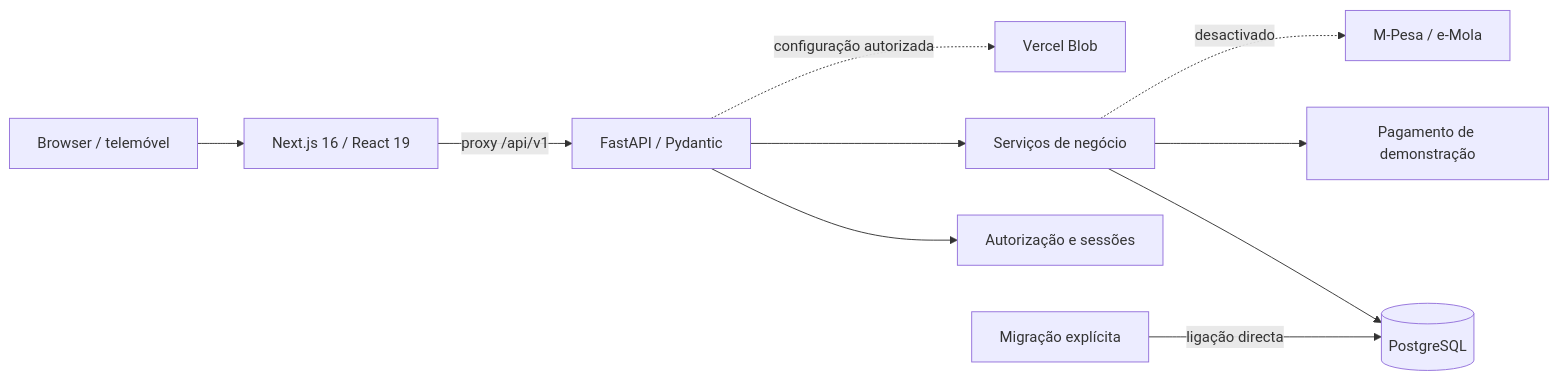
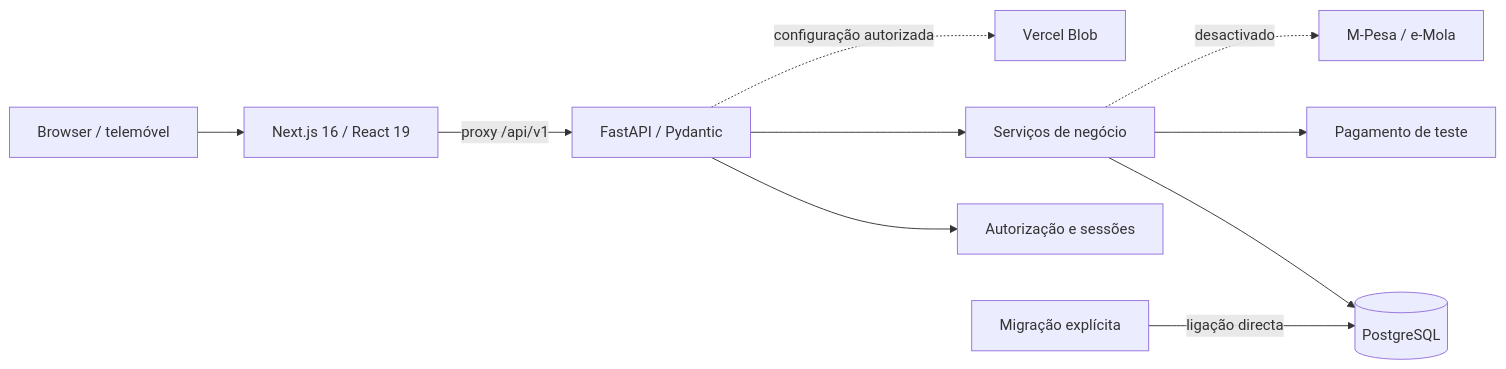
The diagram in docs/ARCHITECTURE.md (CaosAleatorio/deloya), drawn with Mermaid before and after one commit. The commit also changed other lines of this file and 58 other files, not shown here.

````diff
--- a/docs/ARCHITECTURE.md
+++ b/docs/ARCHITECTURE.md
@@ -3,12 +3,12 @@
 ```mermaid
 flowchart LR
     Browser[Browser / telemóvel] --> Next[Next.js 16 / React 19]
     Next -->|proxy /api/v1| API[FastAPI / Pydantic]
     API --> Auth[Autorização e sessões]
     API --> Domain[Serviços de negócio]
     Domain --> DB[(PostgreSQL)]
-    Domain --> Demo[Pagamento de demonstração]
+    Domain --> TestPayment[Pagamento de teste]
     Domain -. desactivado .-> Wallets[M-Pesa / e-Mola]
     API -. configuração autorizada .-> Blob[Vercel Blob]
     Alembic[Migração explícita] -->|ligação directa| DB
 ```
````
